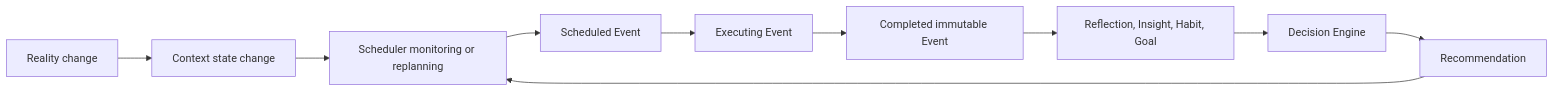
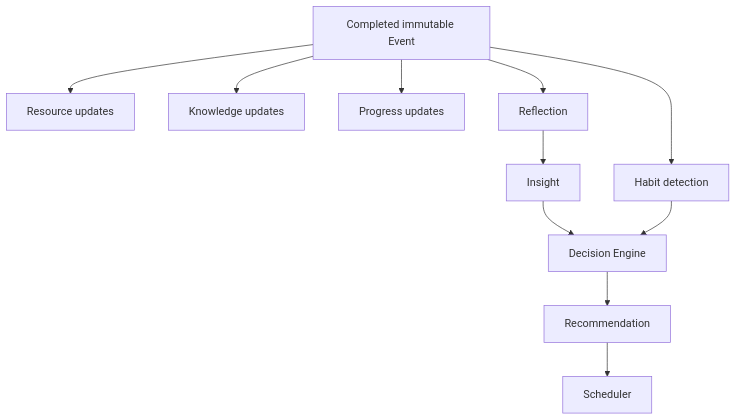
The seventh of 7 diagrams in docs/behavioral/STATE_MACHINES.md (adsecurto-boop/PAIOS), drawn with Mermaid before and after one commit. The commit also changed other lines of this file and 6 other files, not shown here.

Commit message:
v0.2.0 - Workplace testing updates before Claude architecture session

````diff
--- a/docs/behavioral/STATE_MACHINES.md
+++ b/docs/behavioral/STATE_MACHINES.md
@@ -339,12 +245,13 @@
 ```mermaid
-flowchart LR
-    Reality[Reality change] --> Context[Context state change]
-    Context --> Scheduler[Scheduler monitoring or replanning]
-    Scheduler --> Scheduled[Scheduled Event]
-    Decision[Decision Engine] --> Recommendation[Recommendation]
-    Recommendation --> Scheduler
-    Scheduled --> Event[Executing Event]
-    Event --> History[Completed immutable Event]
-    History --> Learning[Reflection, Insight, Habit, Goal]
-    Learning --> Decision
+flowchart TD
+    Event[Completed immutable Event] --> Resources[Resource updates]
+    Event --> Knowledge[Knowledge updates]
+    Event --> Progress[Progress updates]
+    Event --> Reflection[Reflection]
+    Reflection --> Insight[Insight]
+    Event --> Habits[Habit detection]
+    Insight --> Decision[Decision Engine]
+    Habits --> Decision
+    Decision --> Recommendation[Recommendation]
+    Recommendation --> Scheduler[Scheduler]
 ```
````
